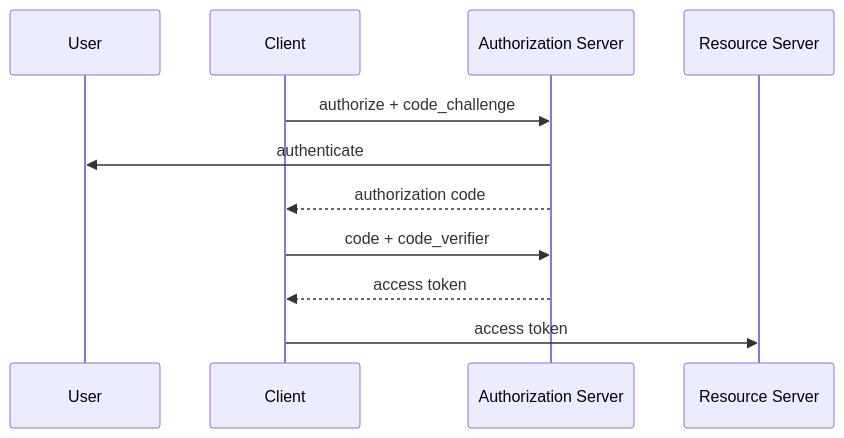
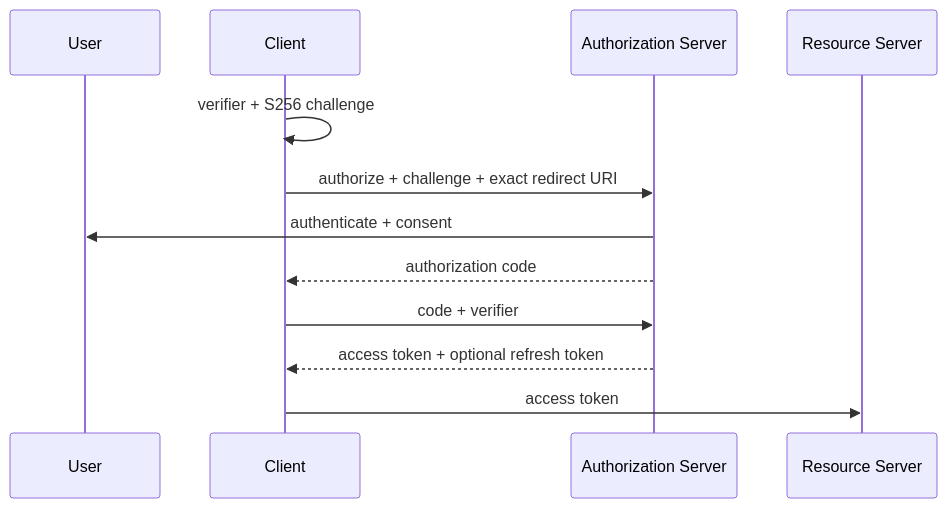
Before and after one commit to cebrailbagatarhan/software-engineering-interview-roadmap: the first of 2 diagrams in docs/07-cybersecurity/01-oauth-oidc-jwt-pkce.md, drawn with Mermaid. The commit also changed other lines of this file, not shown here.

Commit message:
Deepen OAuth PKCE chapter with rotation and device flow

````diff
--- a/docs/07-cybersecurity/01-oauth-oidc-jwt-pkce.md
+++ b/docs/07-cybersecurity/01-oauth-oidc-jwt-pkce.md
@@ -12,13 +16,14 @@
 ```mermaid
 sequenceDiagram
   participant U as User
   participant C as Client
   participant AS as Authorization Server
   participant API as Resource Server
-  C->>AS: authorize + code_challenge
-  AS->>U: authenticate
+  C->>C: verifier + S256 challenge
+  C->>AS: authorize + challenge + exact redirect URI
+  AS->>U: authenticate + consent
   AS-->>C: authorization code
-  C->>AS: code + code_verifier
-  AS-->>C: access token
+  C->>AS: code + verifier
+  AS-->>C: access token + optional refresh token
   C->>API: access token
 ```
````
